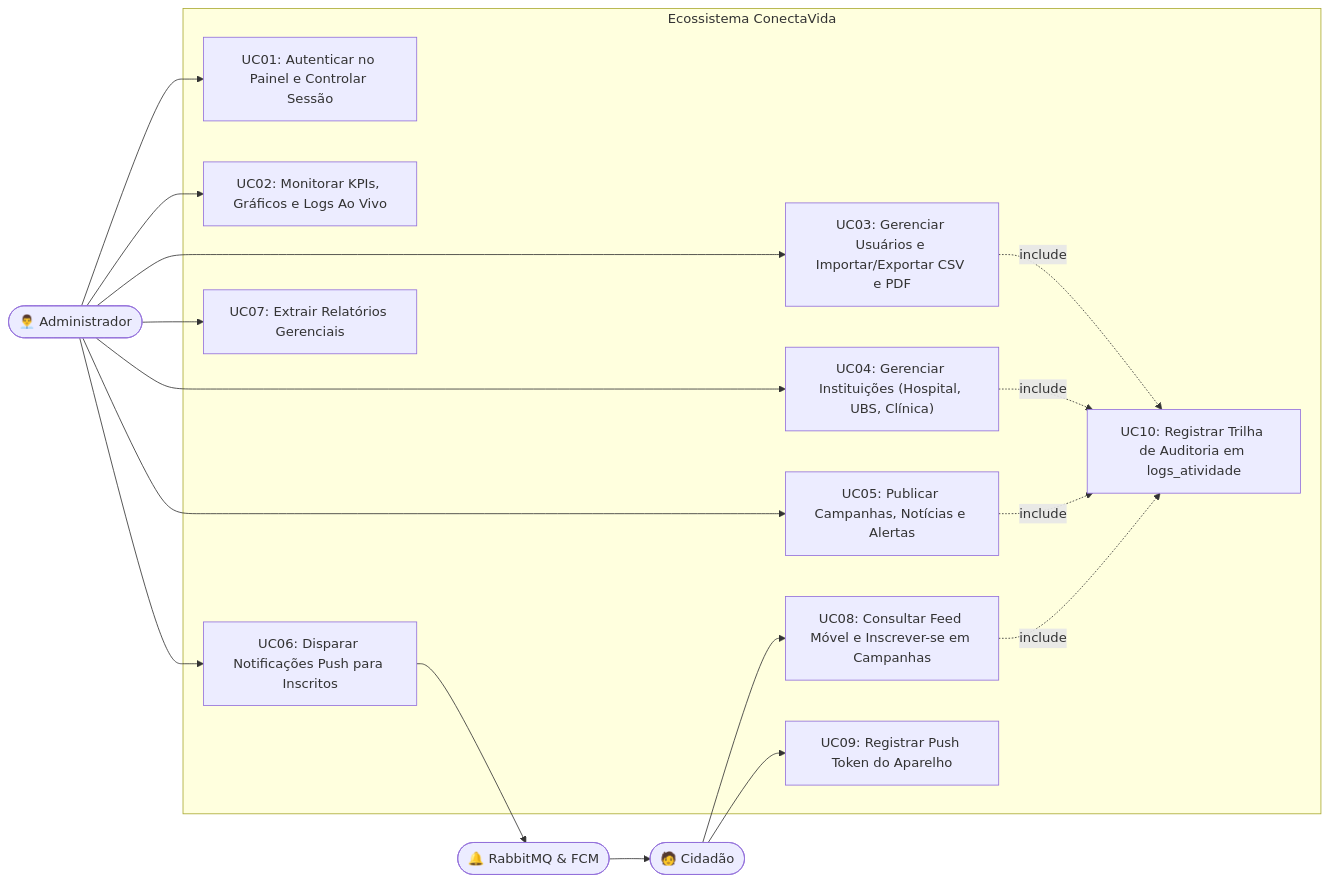
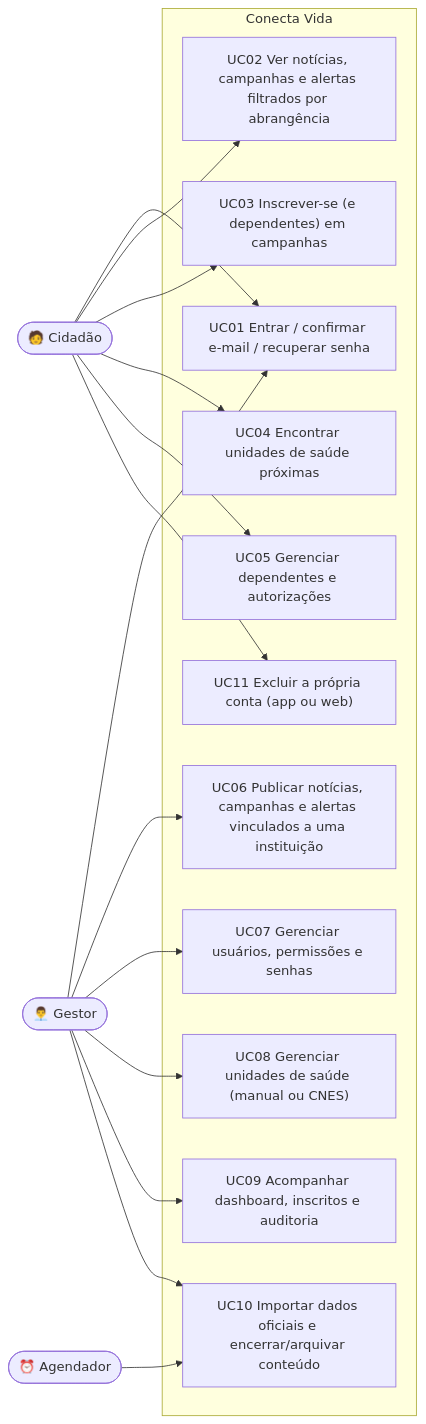
The fourth of 4 diagrams in README.md (Conecta-Vida/Conecta-Vida-Documentacao), drawn with Mermaid before and after one commit. The commit also changed other lines of this file and 4 other files, not shown here.

First line of the commit message:
Documentação atualizada para a arquitetura Supabase + Netlify: visão geral, banco e serviços, painel e app; API Java marcada como histórica

````diff
--- a/README.md
+++ b/README.md
@@ -132,29 +160,24 @@
 ```mermaid
 flowchart LR
-    Admin(["👨‍💼 Administrador"])
+    Admin(["👨‍💼 Gestor"])
     Cidadao(["🧑 Cidadão"])
-    Broker(["🔔 RabbitMQ & FCM"])
+    Agenda(["⏰ Agendador"])
 
-    subgraph ConectaVida ["Ecossistema ConectaVida"]
-        UC01["UC01: Autenticar no Painel e Controlar Sessão"]
-        UC02["UC02: Monitorar KPIs, Gráficos e Logs Ao Vivo"]
-        UC03["UC03: Gerenciar Usuários e Importar/Exportar CSV e PDF"]
-        UC04["UC04: Gerenciar Instituições (Hospital, UBS, Clínica)"]
-        UC05["UC05: Publicar Campanhas, Notícias e Alertas"]
-        UC06["UC06: Disparar Notificações Push para Inscritos"]
-        UC07["UC07: Extrair Relatórios Gerenciais"]
-        UC08["UC08: Consultar Feed Móvel e Inscrever-se em Campanhas"]
-        UC09["UC09: Registrar Push Token do Aparelho"]
-        UC10["UC10: Registrar Trilha de Auditoria em logs_atividade"]
+    subgraph CV ["Conecta Vida"]
+        UC01["UC01 Entrar / confirmar e-mail / recuperar senha"]
+        UC02["UC02 Ver notícias, campanhas e alertas filtrados por abrangência"]
+        UC03["UC03 Inscrever-se (e dependentes) em campanhas"]
+        UC04["UC04 Encontrar unidades de saúde próximas"]
+        UC05["UC05 Gerenciar dependentes e autorizações"]
+        UC06["UC06 Publicar notícias, campanhas e alertas vinculados a uma instituição"]
+        UC07["UC07 Gerenciar usuários, permissões e senhas"]
+        UC08["UC08 Gerenciar unidades de saúde (manual ou CNES)"]
+        UC09["UC09 Acompanhar dashboard, inscritos e auditoria"]
+        UC10["UC10 Importar dados oficiais e encerrar/arquivar conteúdo"]
+        UC11["UC11 Excluir a própria conta (app ou web)"]
     end
 
-    Admin --> UC01 & UC02 & UC03 & UC04 & UC05 & UC06 & UC07
-    Cidadao --> UC08 & UC09
-    UC06 --> Broker
-    Broker --> Cidadao
-
-    UC03 -. "include" .-> UC10
-    UC04 -. "include" .-> UC10
-    UC05 -. "include" .-> UC10
-    UC08 -. "include" .-> UC10
+    Cidadao --> UC01 & UC02 & UC03 & UC04 & UC05 & UC11
+    Admin --> UC01 & UC06 & UC07 & UC08 & UC09 & UC10
+    Agenda --> UC10
 ```
````
